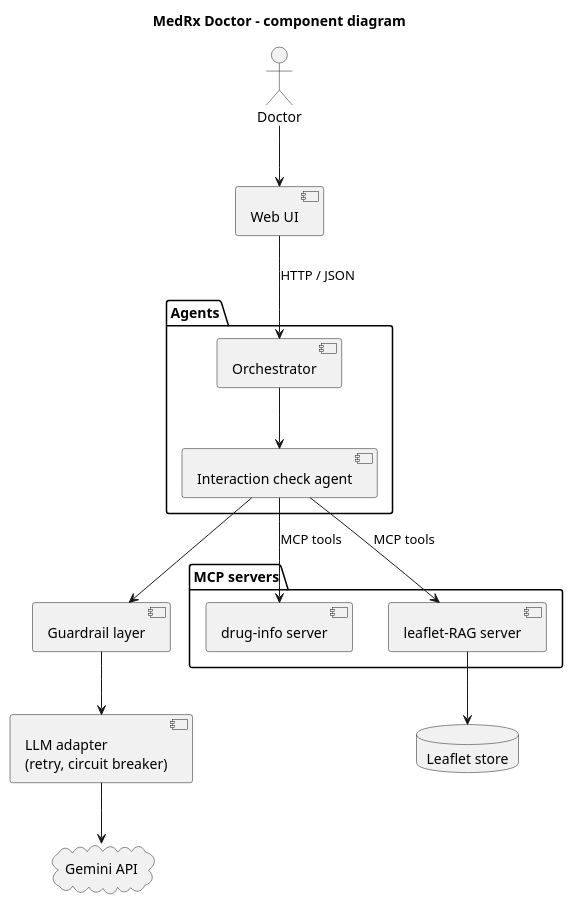
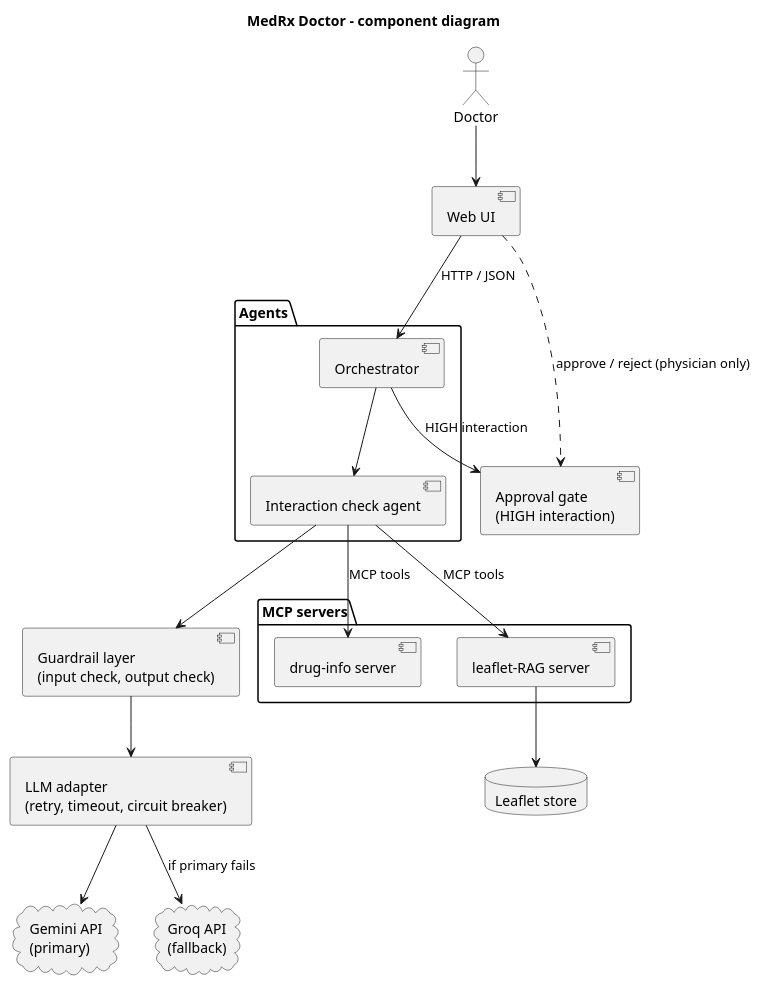
The diagram in docs/uml/component.puml (vladvoiasciuc2-crypto/medrx-lab3), drawn with PlantUML before and after one commit. The commit also changed 5 other files, not shown here.

First line of the commit message:
UML: fix extend arrows, add Groq, approval gate, guardrail layer and failure path

```diff
--- a/docs/uml/component.puml
+++ b/docs/uml/component.puml
@@ -1,30 +1,37 @@
 @startuml
 title MedRx Doctor - component diagram
 skinparam componentStyle uml2
 
 actor Doctor
 component "Web UI" as UI
 package "Agents" {
   component "Orchestrator" as ORCH
   component "Interaction check agent" as CHECK
 }
-component "Guardrail layer" as GUARD
-component "LLM adapter\n(retry, circuit breaker)" as LLMA
+component "Guardrail layer\n(input check, output check)" as GUARD
+component "Approval gate\n(HIGH interaction)" as GATE
+component "LLM adapter\n(retry, timeout, circuit breaker)" as LLMA
 package "MCP servers" {
   component "drug-info server" as DRUG
   component "leaflet-RAG server" as RAG
 }
 database "Leaflet store" as VS
-cloud "Gemini API" as GEM
+cloud "Gemini API\n(primary)" as GEM
+cloud "Groq API\n(fallback)" as GRQ
 
 Doctor --> UI
 UI --> ORCH : HTTP / JSON
 ORCH --> CHECK
 CHECK --> DRUG : MCP tools
 CHECK --> RAG : MCP tools
 RAG --> VS
 CHECK --> GUARD
 GUARD --> LLMA
 LLMA --> GEM
+LLMA --> GRQ : if primary fails
+ORCH --> GATE : HIGH interaction
+UI ..> GATE : approve / reject (physician only)
+
+' Requirement IDs (spec v1.2): GUARD FR-11, FR-12; GATE FR-09, FR-10; LLMA FR-07, NFR-01, NFR-06
 
 @enduml
```
